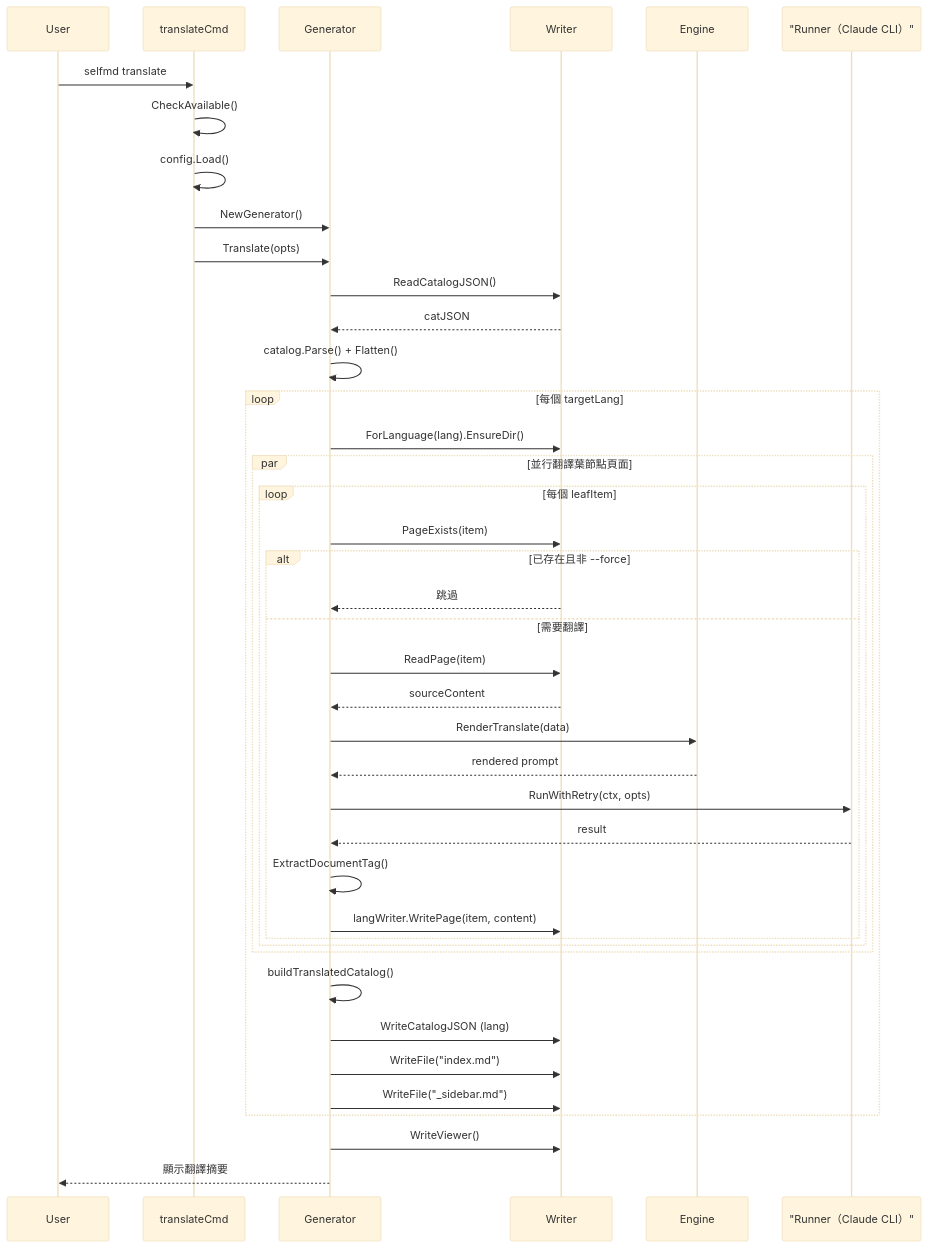
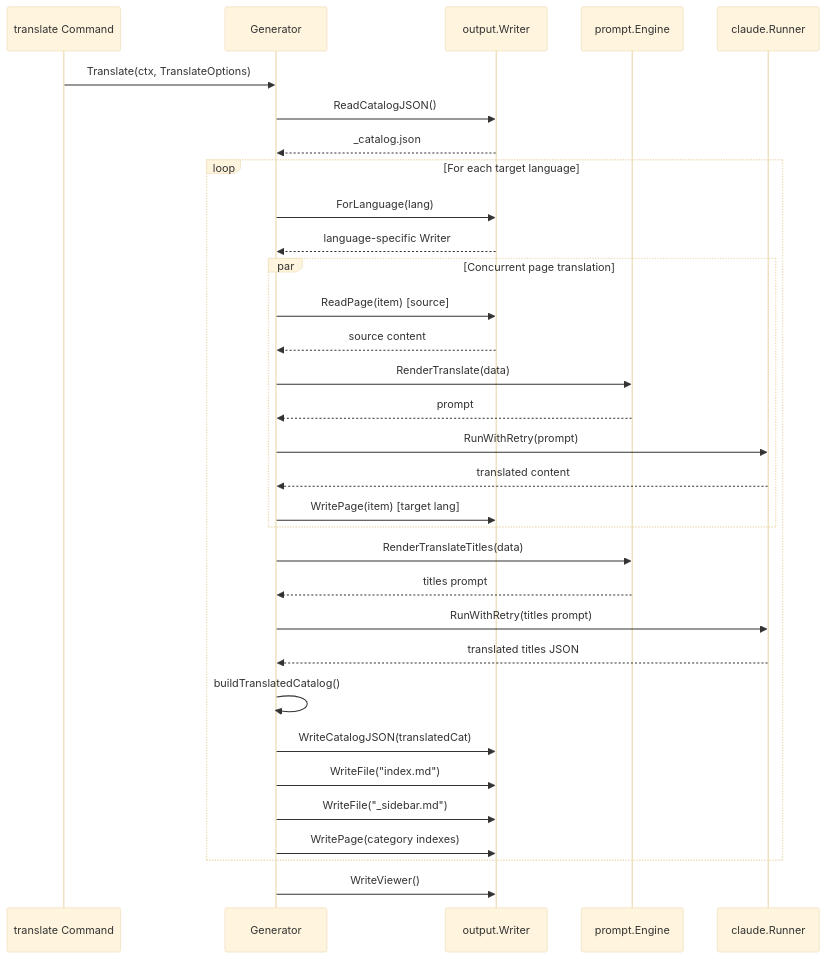
One commit to monkenWu/selfmd-claude-code changed the second of 2 diagrams in docs/cli/cmd-translate/index.md. Above: the diagram before and after it, drawn with Mermaid (base theme). The commit also changed other lines of this file and 145 other files, not shown here.

````diff
--- a/docs/cli/cmd-translate/index.md
+++ b/docs/cli/cmd-translate/index.md
@@ -136,49 +118,40 @@
 ```mermaid
 sequenceDiagram
-    participant User
-    participant translateCmd
-    participant Generator
-    participant Writer
-    participant Engine
-    participant Runner as "Runner（Claude CLI）"
+    participant CLI as translate Command
+    participant Gen as Generator
+    participant Writer as output.Writer
+    participant Engine as prompt.Engine
+    participant Claude as claude.Runner
 
-    User->>translateCmd: selfmd translate
-    translateCmd->>translateCmd: CheckAvailable()
-    translateCmd->>translateCmd: config.Load()
-    translateCmd->>Generator: NewGenerator()
-    translateCmd->>Generator: Translate(opts)
+    CLI->>Gen: Translate(ctx, TranslateOptions)
+    Gen->>Writer: ReadCatalogJSON()
+    Writer-->>Gen: _catalog.json
 
-    Generator->>Writer: ReadCatalogJSON()
-    Writer-->>Generator: catJSON
-    Generator->>Generator: catalog.Parse() + Flatten()
+    loop For each target language
+        Gen->>Writer: ForLanguage(lang)
+        Writer-->>Gen: language-specific Writer
 
-    loop 每個 targetLang
-        Generator->>Writer: ForLanguage(lang).EnsureDir()
-
-        par 並行翻譯葉節點頁面
-            loop 每個 leafItem
-                Generator->>Writer: PageExists(item)
-                alt 已存在且非 --force
-                    Writer-->>Generator: 跳過
-                else 需要翻譯
-                    Generator->>Writer: ReadPage(item)
-                    Writer-->>Generator: sourceContent
-                    Generator->>Engine: RenderTranslate(data)
-                    Engine-->>Generator: rendered prompt
-                    Generator->>Runner: RunWithRetry(ctx, opts)
-                    Runner-->>Generator: result
-                    Generator->>Generator: ExtractDocumentTag()
-                    Generator->>Writer: langWriter.WritePage(item, content)
-                end
-            end
+        par Concurrent page translation
+            Gen->>Writer: ReadPage(item) [source]
+            Writer-->>Gen: source content
+            Gen->>Engine: RenderTranslate(data)
+            Engine-->>Gen: prompt
+            Gen->>Claude: RunWithRetry(prompt)
+            Claude-->>Gen: translated content
+            Gen->>Writer: WritePage(item) [target lang]
         end
 
-        Generator->>Generator: buildTranslatedCatalog()
-        Generator->>Writer: WriteCatalogJSON (lang)
-        Generator->>Writer: WriteFile("index.md")
-        Generator->>Writer: WriteFile("_sidebar.md")
+        Gen->>Engine: RenderTranslateTitles(data)
+        Engine-->>Gen: titles prompt
+        Gen->>Claude: RunWithRetry(titles prompt)
+        Claude-->>Gen: translated titles JSON
+
+        Gen->>Gen: buildTranslatedCatalog()
+        Gen->>Writer: WriteCatalogJSON(translatedCat)
+        Gen->>Writer: WriteFile("index.md")
+        Gen->>Writer: WriteFile("_sidebar.md")
+        Gen->>Writer: WritePage(category indexes)
     end
 
-    Generator->>Writer: WriteViewer()
-    Generator-->>User: 顯示翻譯摘要
+    Gen->>Writer: WriteViewer()
 ```
````
